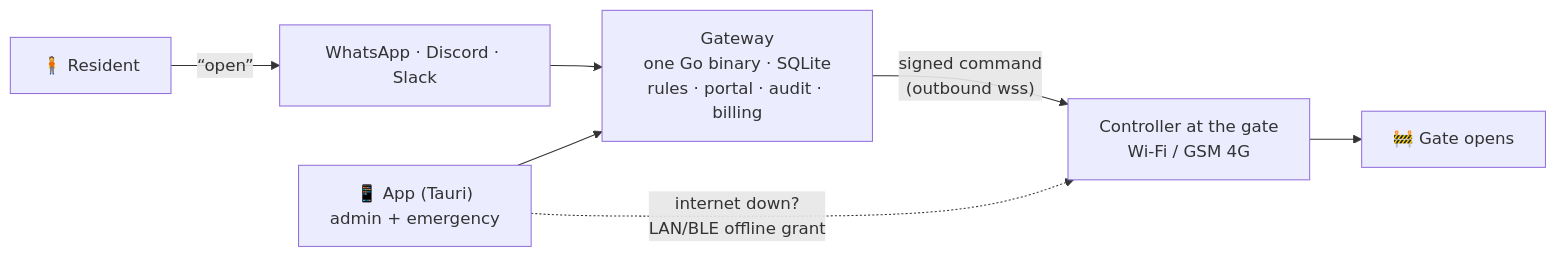
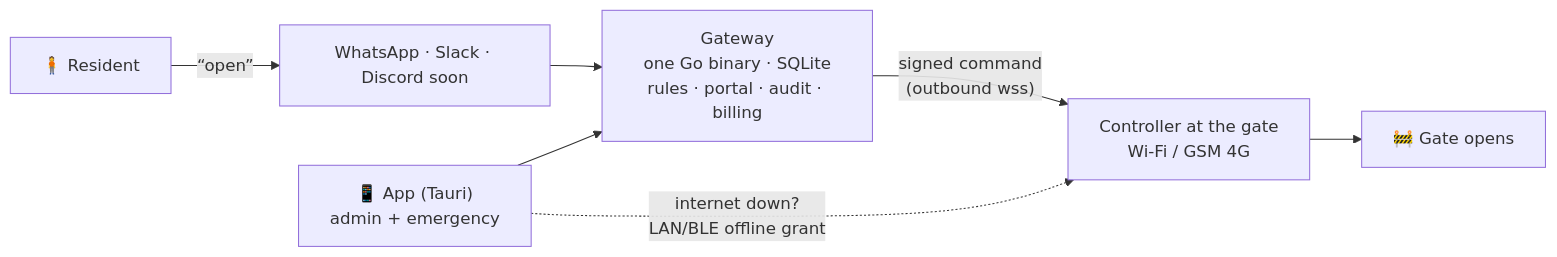
The diagram in README.md (vul-os/whatsacc), drawn with Mermaid before and after one commit. The commit also changed other lines of this file, not shown here.

````diff
--- a/README.md
+++ b/README.md
@@ -15,9 +32,9 @@
 ```mermaid
 flowchart LR
-    R["🧍 Resident"] -- "“open”" --> CH["WhatsApp · Discord · Slack"]
+    R["🧍 Resident"] -- "“open”" --> CH["WhatsApp · Slack · Discord soon"]
     CH --> GW["Gateway<br/>one Go binary · SQLite<br/>rules · portal · audit · billing"]
     APP["📱 App (Tauri)<br/>admin + emergency"] --> GW
     GW -- "signed command<br/>(outbound wss)" --> C["Controller at the gate<br/>Wi-Fi / GSM 4G"]
     C --> G["🚧 Gate opens"]
     APP -. "internet down?<br/>LAN/BLE offline grant" .-> C
 ```
````
